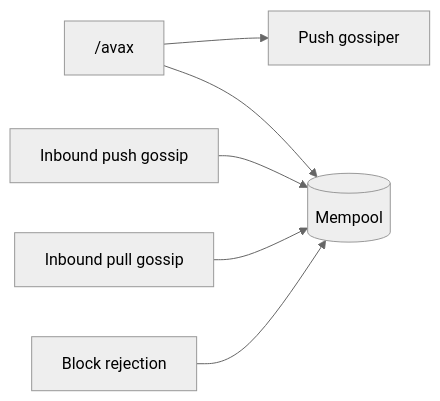
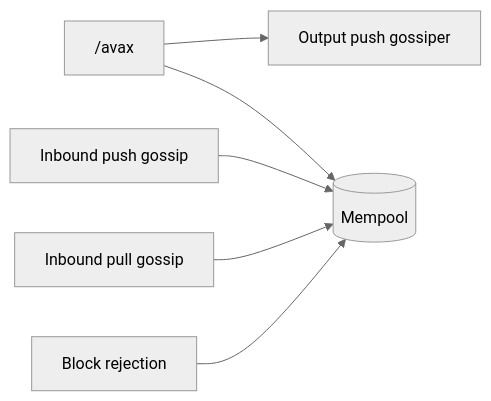
One commit to ava-labs/avalanchego changed the third of 3 diagrams in vms/saevm/cchain/README.md. Above: the diagram before and after it, drawn with Mermaid (neutral theme).

````diff
--- a/vms/saevm/cchain/README.md
+++ b/vms/saevm/cchain/README.md
@@ -113,15 +113,15 @@
 ```mermaid
 flowchart LR
     rpc["/avax"]
-    pushgossip["Push gossiper"]
+    pushgossip["Output push gossiper"]
     push["Inbound push gossip"]
     pull["Inbound pull gossip"]
     rej["Block rejection"]
     mempool[("Mempool")]
 
     rpc --> pushgossip
     rpc --> mempool
     push --> mempool
     pull --> mempool
     rej --> mempool
 ```
````
